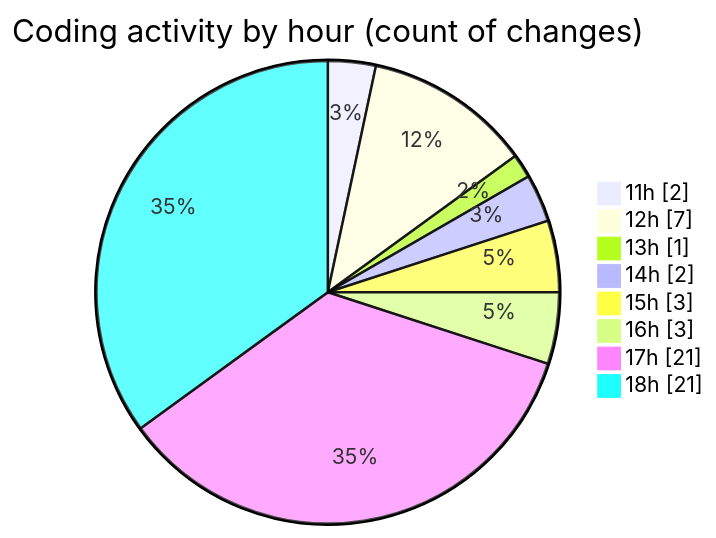
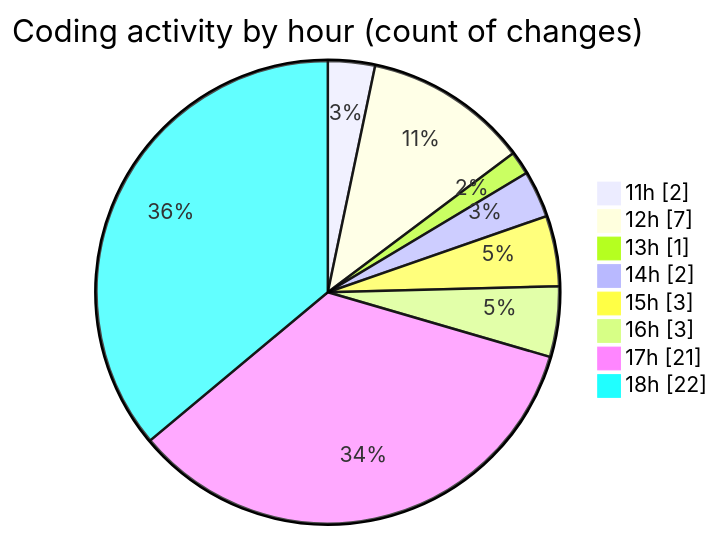
One commit to nxtqubesakshisongat/code-tracking changed the second of 2 diagrams in 2025-11-10/nxtqube_webapp/README.md. Above: the diagram before and after it, drawn with Mermaid. The commit also changed other lines of this file and 1 other file, not shown here.

````diff
--- a/2025-11-10/nxtqube_webapp/README.md
+++ b/2025-11-10/nxtqube_webapp/README.md
@@ -41,12 +42,12 @@
 ```mermaid
 pie showData
 title Coding activity by hour (count of changes)
 "11h" : 2
 "12h" : 7
 "13h" : 1
 "14h" : 2
 "15h" : 3
 "16h" : 3
 "17h" : 21
-"18h" : 21
+"18h" : 22
 ```
````
